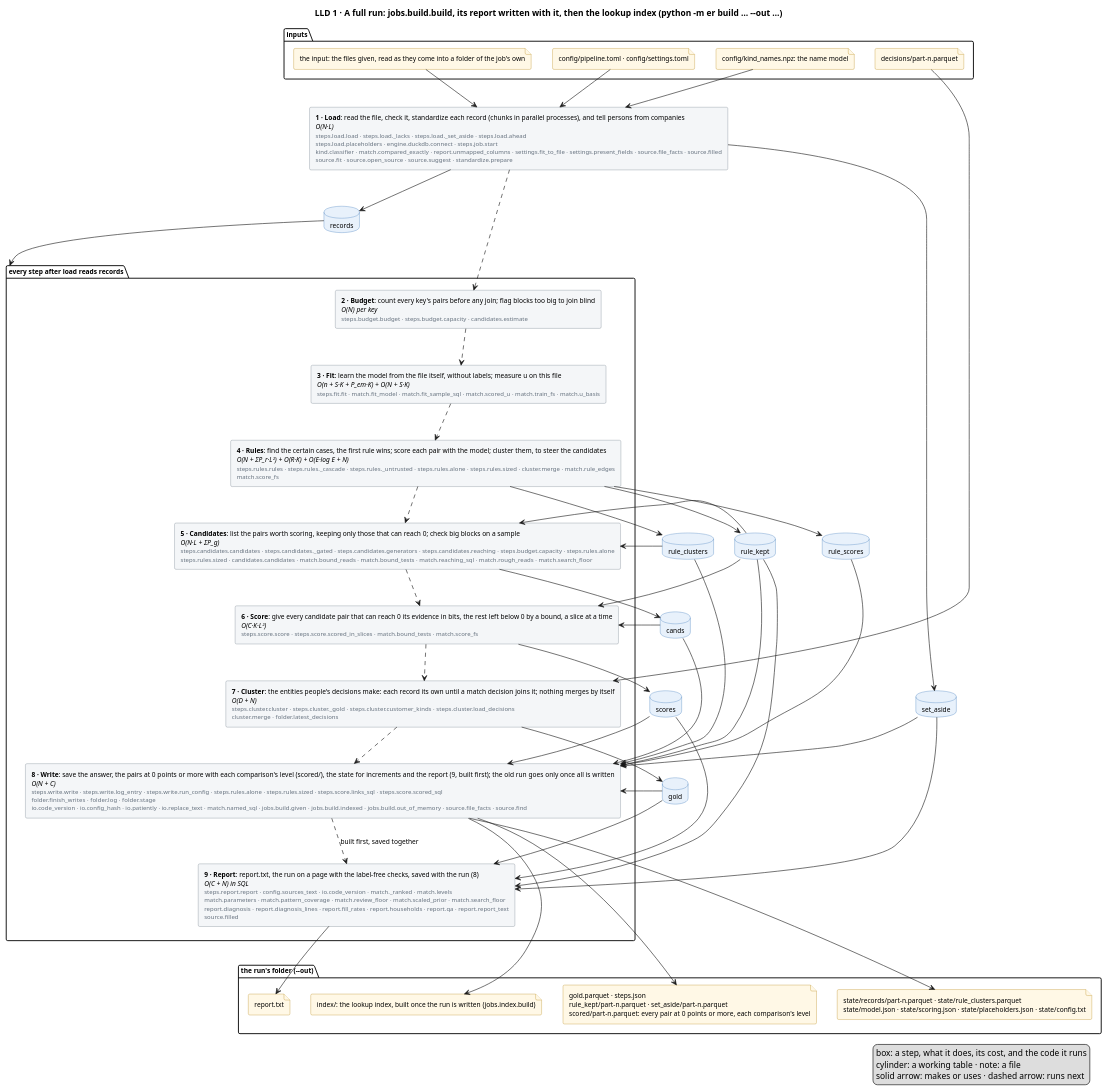
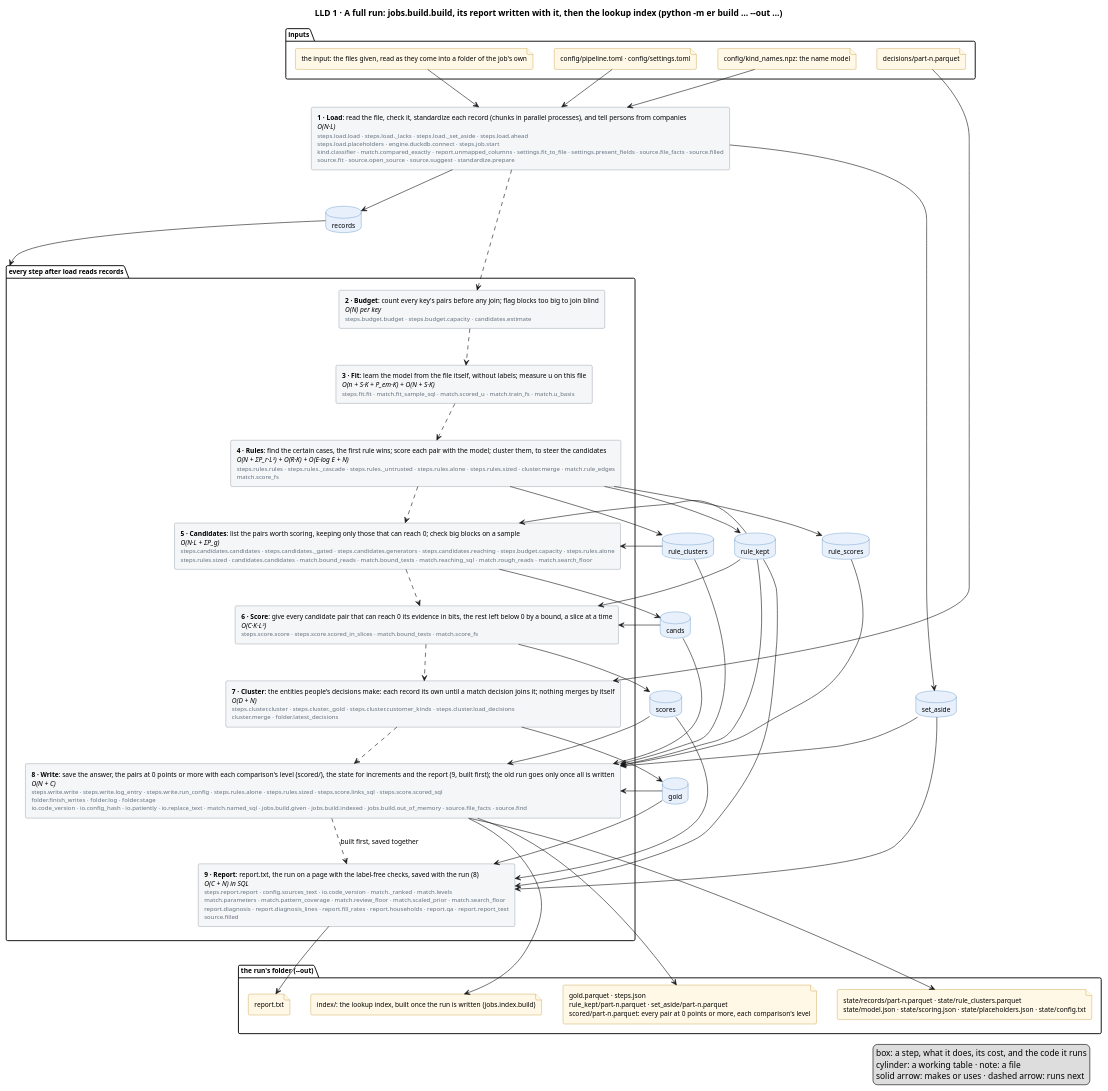
Before and after one commit to mvsbm/entity_matching: the diagram in docs/diagrams/full-run.puml, drawn with PlantUML. The commit also changed 32 other files, not shown here.

```diff
--- a/docs/diagrams/full-run.puml
+++ b/docs/diagrams/full-run.puml
@@ -1,100 +1,100 @@
 @startuml full-run
 title LLD 1 · A full run: jobs.build.build, its report written with it, then the lookup index (python -m er build … ~--out …)
 skinparam defaultFontSize 11
 skinparam rectangle {
   BackgroundColor #F4F6F8
   BorderColor #65717E
 }
 skinparam database {
   BackgroundColor #E8F1FB
   BorderColor #2C6DB3
 }
 skinparam file {
   BackgroundColor #FFF8E6
   BorderColor #B07D00
 }
 
 package "inputs" {
   file "the input: the files given, read as they come into a folder of the job's own" as f_input
   file "config/pipeline.toml · config/settings.toml" as f_config
   file "config/kind_names.npz: the name model" as f_names
   file "decisions/part-n.parquet" as f_decisions
 }
 
 
 rectangle "<b>1 · Load</b>: read the file, check it, standardize each record (chunks in parallel processes), and tell persons from companies\n<i>O(N·L)</i>\n<size:10><color:#65717E>steps.load.load · steps.load._lacks · steps.load._set_aside · steps.load.ahead</color></size>\n<size:10><color:#65717E>steps.load.placeholders · engine.duckdb.connect · steps.job.start</color></size>\n<size:10><color:#65717E>kind.classifier · match.compared_exactly · report.unmapped_columns · settings.fit_to_file · settings.present_fields · source.file_facts · source.filled</color></size>\n<size:10><color:#65717E>source.fit · source.open_source · source.suggest · standardize.prepare</color></size>" as load
 package "every step after load reads records" as after_load {
   rectangle "<b>2 · Budget</b>: count every key's pairs before any join; flag blocks too big to join blind\n<i>O(N) per key</i>\n<size:10><color:#65717E>steps.budget.budget · steps.budget.capacity · candidates.estimate</color></size>" as budget
-  rectangle "<b>3 · Fit</b>: learn the model from the file itself, without labels; measure u on this file\n<i>O(n + S·K + P_em·K) + O(N + S·K)</i>\n<size:10><color:#65717E>steps.fit.fit · match.fit_model · match.fit_sample_sql · match.scored_u · match.train_fs · match.u_basis</color></size>" as fit
+  rectangle "<b>3 · Fit</b>: learn the model from the file itself, without labels; measure u on this file\n<i>O(n + S·K + P_em·K) + O(N + S·K)</i>\n<size:10><color:#65717E>steps.fit.fit · match.fit_sample_sql · match.scored_u · match.train_fs · match.u_basis</color></size>" as fit
   rectangle "<b>4 · Rules</b>: find the certain cases, the first rule wins; score each pair with the model; cluster them, to steer the candidates\n<i>O(N + ΣP_r·L²) + O(R·K) + O(E·log E + N)</i>\n<size:10><color:#65717E>steps.rules.rules · steps.rules._cascade · steps.rules._untrusted · steps.rules.alone · steps.rules.sized · cluster.merge · match.rule_edges</color></size>\n<size:10><color:#65717E>match.score_fs</color></size>" as rules
   rectangle "<b>5 · Candidates</b>: list the pairs worth scoring, keeping only those that can reach 0; check big blocks on a sample\n<i>O(N·L + ΣP_g)</i>\n<size:10><color:#65717E>steps.candidates.candidates · steps.candidates._gated · steps.candidates.generators · steps.candidates.reaching · steps.budget.capacity · steps.rules.alone</color></size>\n<size:10><color:#65717E>steps.rules.sized · candidates.candidates · match.bound_reads · match.bound_tests · match.reaching_sql · match.rough_reads · match.search_floor</color></size>" as candidates
   rectangle "<b>6 · Score</b>: give every candidate pair that can reach 0 its evidence in bits, the rest left below 0 by a bound, a slice at a time\n<i>O(C·K·L²)</i>\n<size:10><color:#65717E>steps.score.score · steps.score.scored_in_slices · match.bound_tests · match.score_fs</color></size>" as score
   rectangle "<b>7 · Cluster</b>: the entities people's decisions make: each record its own until a match decision joins it; nothing merges by itself\n<i>O(D + N)</i>\n<size:10><color:#65717E>steps.cluster.cluster · steps.cluster._gold · steps.cluster.customer_kinds · steps.cluster.load_decisions</color></size>\n<size:10><color:#65717E>cluster.merge · folder.latest_decisions</color></size>" as cluster
   rectangle "<b>8 · Write</b>: save the answer, the pairs at 0 points or more with each comparison's level (scored/), the state for increments and the report (9, built first); the old run goes only once all is written\n<i>O(N + C)</i>\n<size:10><color:#65717E>steps.write.write · steps.write.log_entry · steps.write.run_config · steps.rules.alone · steps.rules.sized · steps.score.links_sql · steps.score.scored_sql</color></size>\n<size:10><color:#65717E>folder.finish_writes · folder.log · folder.stage</color></size>\n<size:10><color:#65717E>io.code_version · io.config_hash · io.patiently · io.replace_text · match.named_sql · jobs.build.given · jobs.build.indexed · jobs.build.out_of_memory · source.file_facts · source.find</color></size>" as write
   rectangle "<b>9 · Report</b>: report.txt, the run on a page with the label-free checks, saved with the run (8)\n<i>O(C + N) in SQL</i>\n<size:10><color:#65717E>steps.report.report · config.sources_text · io.code_version · match._ranked · match.levels</color></size>\n<size:10><color:#65717E>match.parameters · match.pattern_coverage · match.review_floor · match.scaled_prior · match.search_floor</color></size>\n<size:10><color:#65717E>report.diagnosis · report.diagnosis_lines · report.fill_rates · report.households · report.qa · report.report_text</color></size>\n<size:10><color:#65717E>source.filled</color></size>" as report
 }
 database "records" as records
 database "set_aside" as set_aside
 database "rule_clusters" as rule_clusters
 database "rule_kept" as rule_kept
 database "cands" as cands
 database "scores" as scores
 database "rule_scores" as rule_scores
 database "gold" as gold
 
 package "the run's folder (~--out)" {
   file "gold.parquet · steps.json\nrule_kept/part-n.parquet · set_aside/part-n.parquet\nscored/part-n.parquet: every pair at 0 points or more, each comparison's level" as f_out
   file "state/records/part-n.parquet · state/rule_clusters.parquet\nstate/model.json · state/scoring.json · state/placeholders.json · state/config.txt" as f_state
   file "report.txt" as f_people
   file "index/: the lookup index, built once the run is written (jobs.index.build)" as f_index
 }
 
 f_input --> load
 f_config --> load
 f_names --> load
 f_decisions --> cluster
 
 load ..> budget
 budget ..> fit
 fit ..> rules
 rules ..> candidates
 candidates ..> score
 score ..> cluster
 cluster ..> write
 write ..> report : built first, saved together
 
 load --> records
 load --> set_aside
 records --> after_load
 rules --> rule_clusters
 rules --> rule_kept
 rules --> rule_scores
 rule_scores --> write
 cands --> write
 scores --> write
 rule_clusters --> candidates
 rule_clusters --> write
 rule_kept --> write
 rule_kept --> candidates
 rule_kept --> score
 rule_kept --> report
 candidates --> cands
 cands --> score
 score --> scores
 scores --> report
 cluster --> gold
 gold --> write
 gold --> report
 set_aside --> write
 set_aside --> report
 
 write --> f_out
 write --> f_state
 write --> f_index
 report --> f_people
 legend right
   box: a step, what it does, its cost, and the code it runs
   cylinder: a working table · note: a file
   solid arrow: makes or uses · dashed arrow: runs next
 endlegend
 @enduml
```
